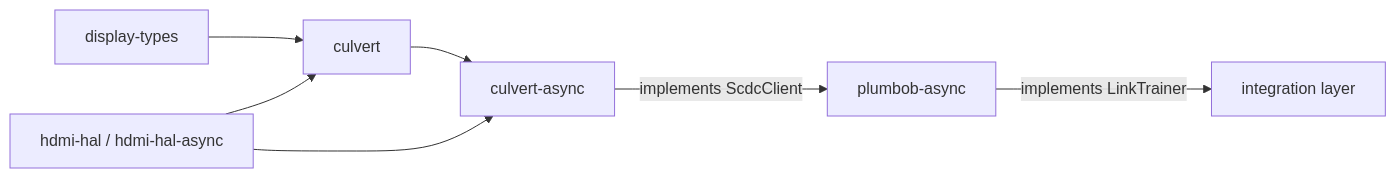
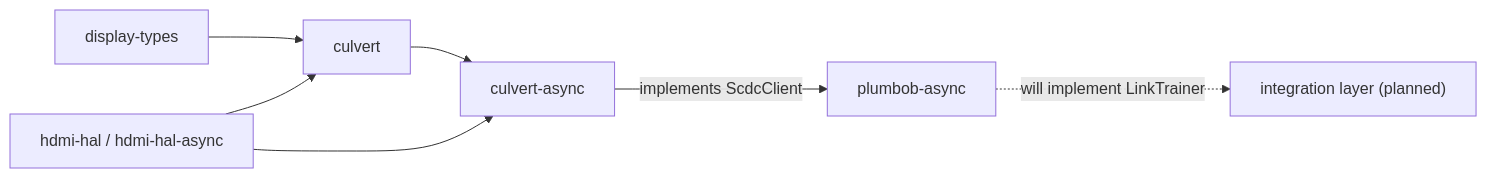
One commit to DracoWhitefire/culvert-async changed the diagram in README.md. Above: the diagram before and after it, drawn with Mermaid.

Commit message:
Mark the LinkTrainer edge as planned

````diff
--- a/README.md
+++ b/README.md
@@ -110,16 +110,16 @@
 ```mermaid
 flowchart LR
     dt["display-types"]
     hal["hdmi-hal / hdmi-hal-async"]
     culvert["culvert"]
     culvert_async["culvert-async"]
     plumbob_async["plumbob-async"]
-    integration["integration layer"]
+    integration["integration layer (planned)"]
 
     dt --> culvert
     hal --> culvert
     hal --> culvert_async
     culvert --> culvert_async
     culvert_async -->|"implements ScdcClient"| plumbob_async
-    plumbob_async -->|"implements LinkTrainer"| integration
+    plumbob_async -.->|"will implement LinkTrainer"| integration
 ```
````
